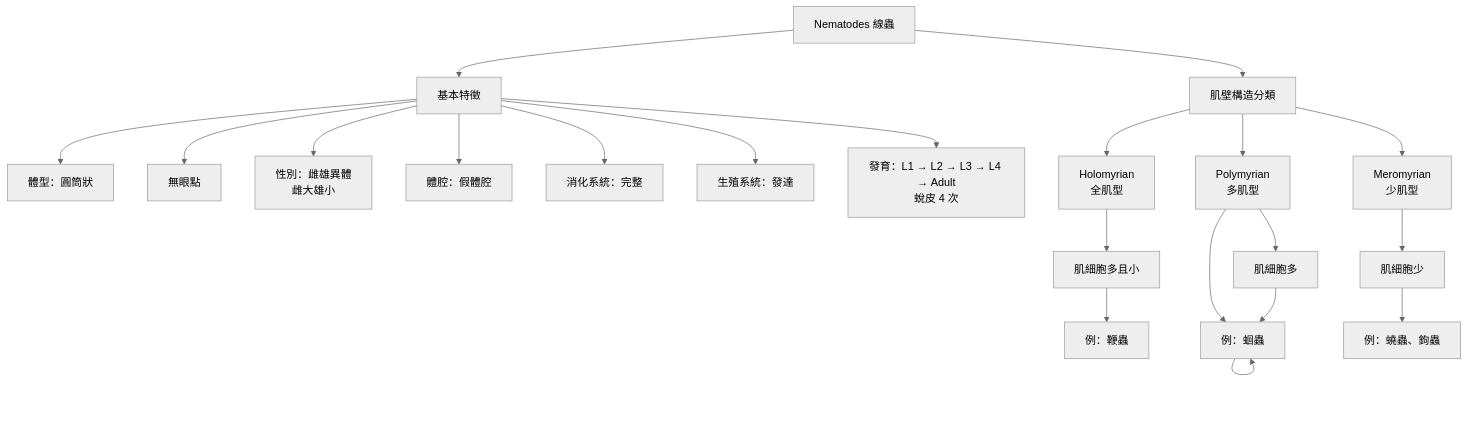
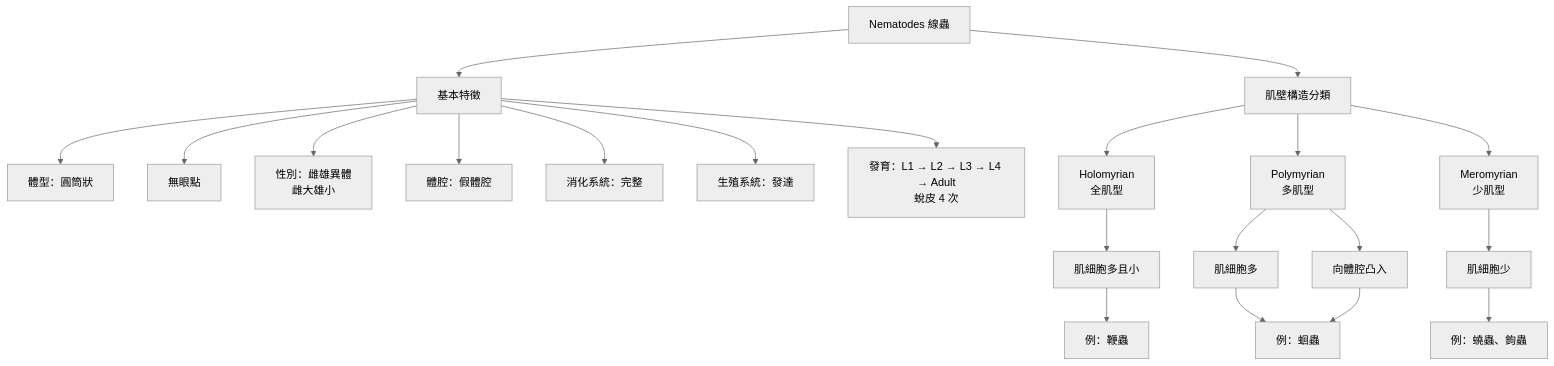
Before and after one commit to xenocgytjp/parasite-graph: the diagram in 綜論.md, drawn with Mermaid (neutral theme).

````diff
--- a/綜論.md
+++ b/綜論.md
@@ -59,32 +59,32 @@
 ```mermaid
 flowchart TD
 
 A[Nematodes 線蟲]
 
 %% ===== 基本特徵 =====
 A --> B[基本特徵]
 B --> B1[體型：圓筒狀]
 B --> B2[無眼點]
 B --> B3[性別：雌雄異體<br/>雌大雄小]
 B --> B4[體腔：假體腔]
 B --> B5[消化系統：完整]
 B --> B6[生殖系統：發達]
 B --> B7[發育：L1 → L2 → L3 → L4 → Adult<br/>蛻皮 4 次]
 
 %% ===== 肌壁分類 =====
 A --> C[肌壁構造分類]
 
 C --> C1[Holomyrian<br/>全肌型]
 C1 --> C1a[肌細胞多且小]
 C1a --> C1b[例：鞭蟲]
 
 C --> C2[Polymyrian<br/>多肌型]
 C2 --> C2a[肌細胞多]
 C2 --> C2b[向體腔凸入]
-C2a --> C2b[例：蛔蟲]
-C2b --> C2b[例：蛔蟲]
+C2a --> C2c[例：蛔蟲]
+C2b --> C2c[例：蛔蟲]
 
 C --> C3[Meromyrian<br/>少肌型]
 C3 --> C3a[肌細胞少]
 C3a --> C3b[例：蟯蟲、鉤蟲]
 ```
````
